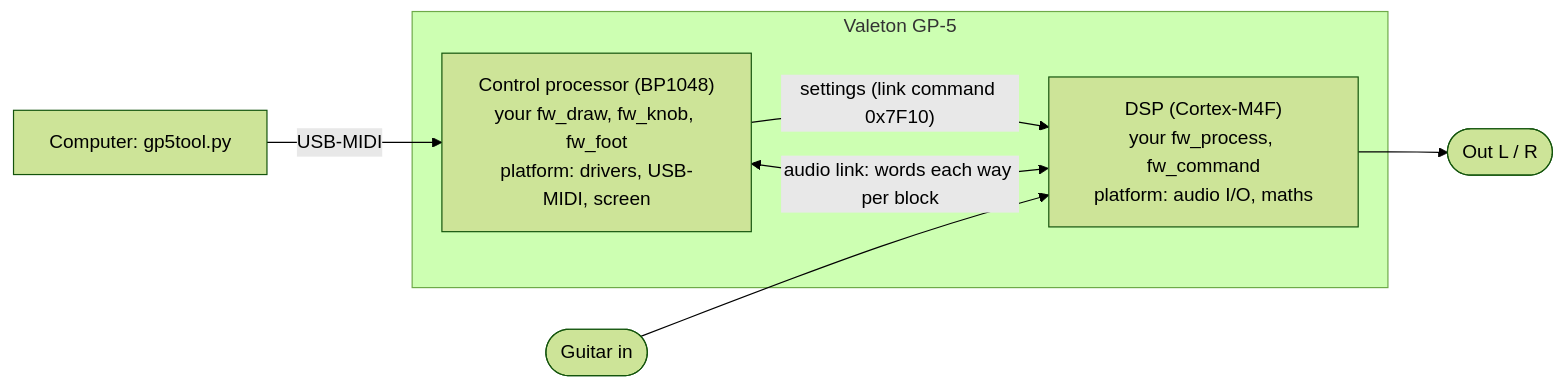
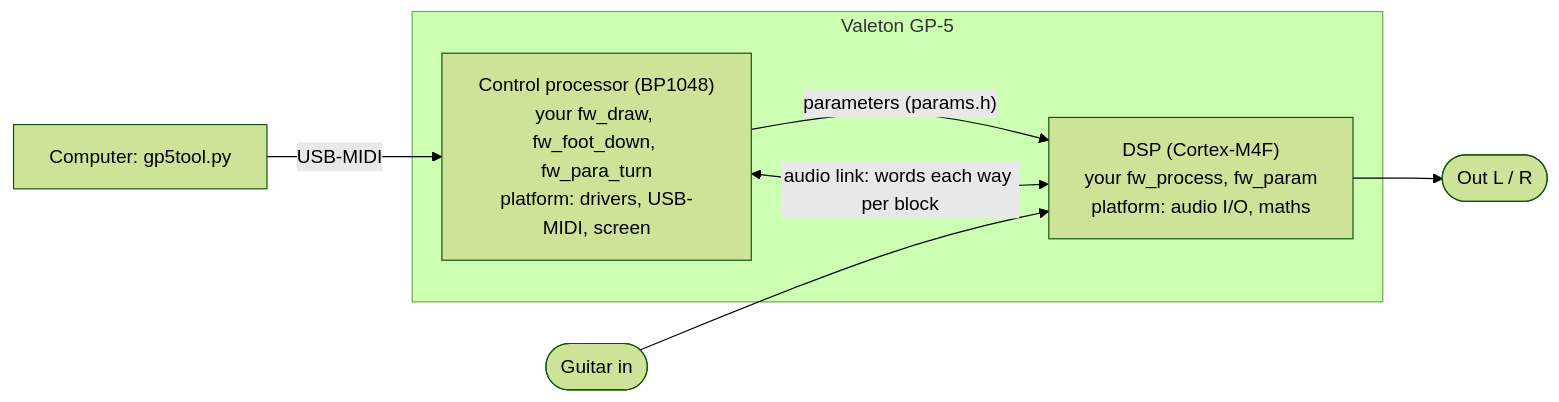
One commit to OpenGP5/OpenGP5 changed the diagram in README.md. Above: the diagram before and after it, drawn with Mermaid (forest theme). The commit also changed other lines of this file and 60 other files, not shown here.

````diff
--- a/README.md
+++ b/README.md
@@ -86,12 +88,12 @@
 ```mermaid
 flowchart LR
     pc["Computer: gp5tool.py"] -- "USB-MIDI" --> ctl
     subgraph pedal["Valeton GP-5"]
-        ctl["Control processor (BP1048)<br/>your fw_draw, fw_knob, fw_foot<br/>platform: drivers, USB-MIDI, screen"]
-        dsp["DSP (Cortex-M4F)<br/>your fw_process, fw_command<br/>platform: audio I/O, maths"]
-        ctl -- "settings (link command 0x7F10)" --> dsp
+        ctl["Control processor (BP1048)<br/>your fw_draw, fw_foot_down, fw_para_turn<br/>platform: drivers, USB-MIDI, screen"]
+        dsp["DSP (Cortex-M4F)<br/>your fw_process, fw_param<br/>platform: audio I/O, maths"]
+        ctl -- "parameters (params.h)" --> dsp
         dsp <-- "audio link: words each way per block" --> ctl
     end
     guitar(["Guitar in"]) --> dsp
     dsp --> out(["Out L / R"])
 ```
````
